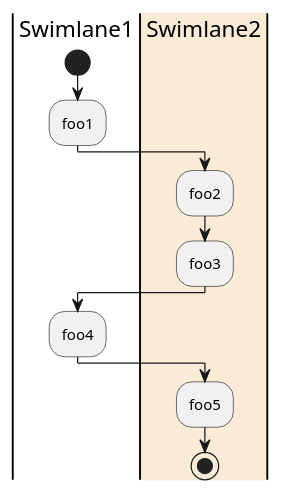
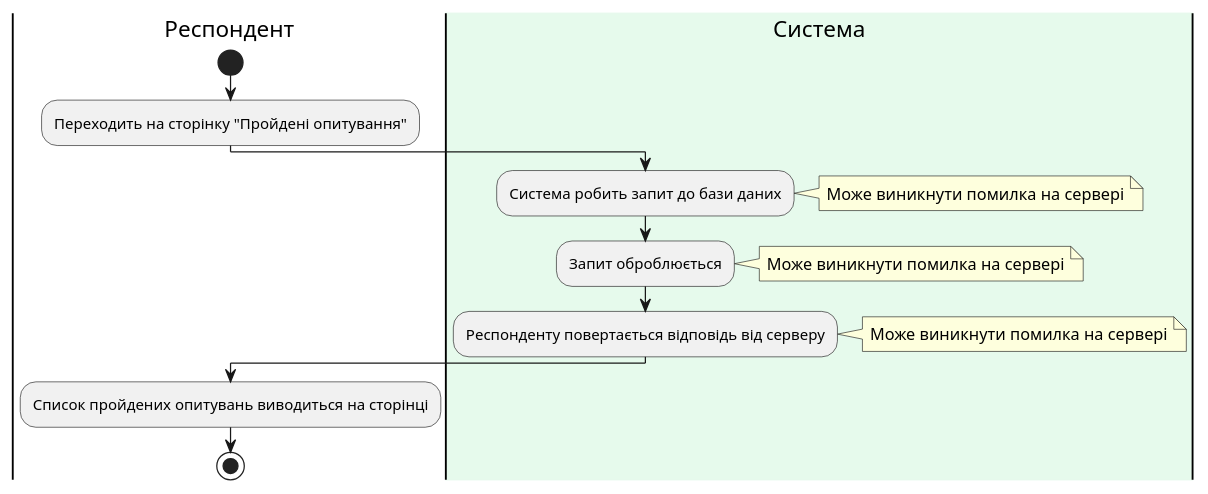
Before and after one commit to generalmaks/db_labs: the diagram in docs/use_cases.md, drawn with PlantUML. The commit also changed other lines of this file, not shown here.

Commit message:
Аdd activity diagram

````diff
--- a/docs/use_cases.md
+++ b/docs/use_cases.md
@@ -14,15 +13,23 @@
 ```plantuml
 @startuml
-|Swimlane1|
+|Респондент|
 start
-:foo1;
-|#AntiqueWhite|Swimlane2|
-:foo2;
-:foo3;
-|Swimlane1|
-:foo4;
-|Swimlane2|
-:foo5;
+:Переходить на сторінку "Пройдені опитування";
+|#e6faec|Система|
+:Система робить запит до бази даних;
+note right
+Може виникнути помилка на сервері
+end note
+:Запит оброблюється;
+note right
+Може виникнути помилка на сервері
+end note
+:Респонденту повертається відповідь від серверу;
+note right
+Може виникнути помилка на сервері
+end note
+|Респондент|
+:Список пройдених опитувань виводиться на сторінці;
 stop
 @enduml
 ```
````
